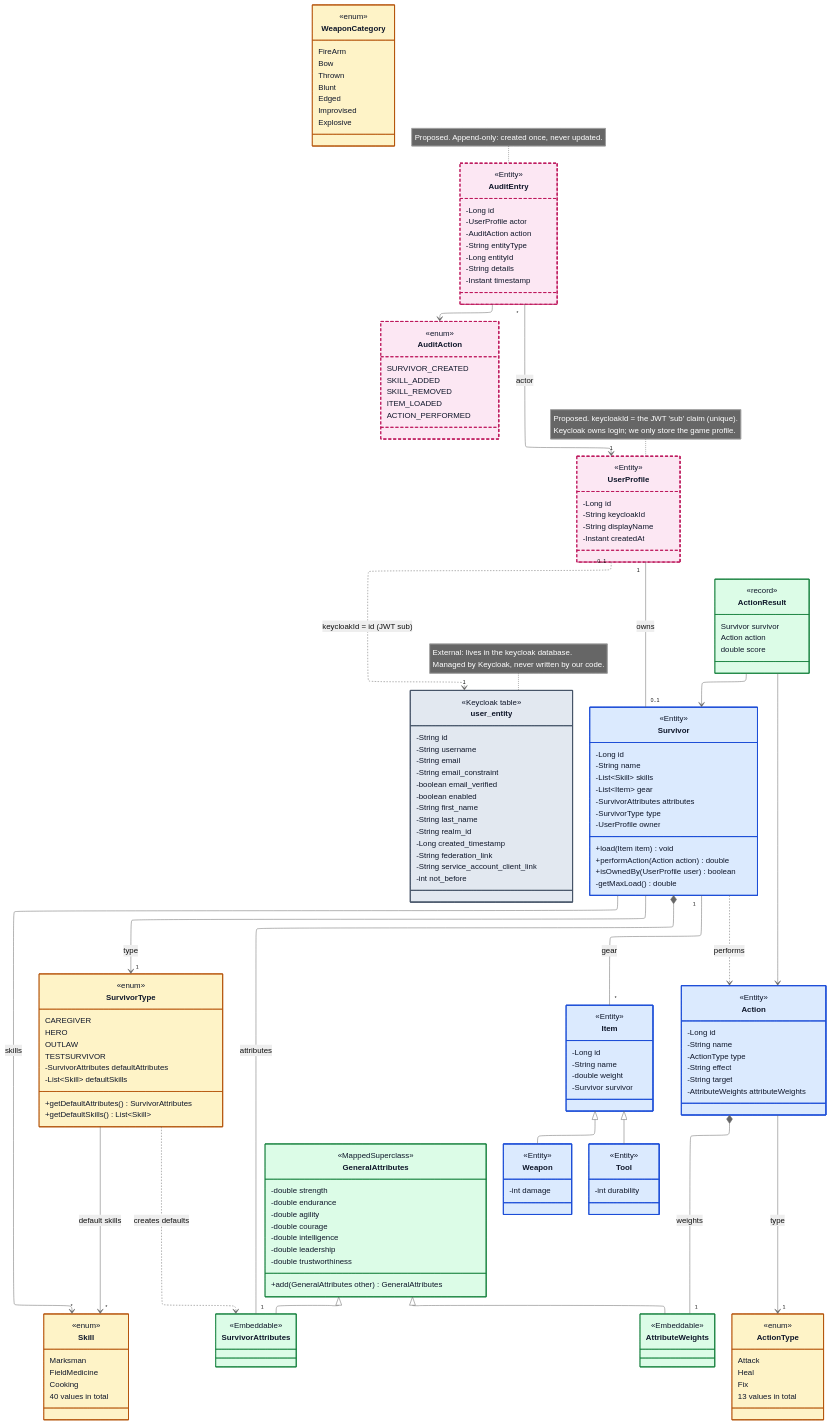
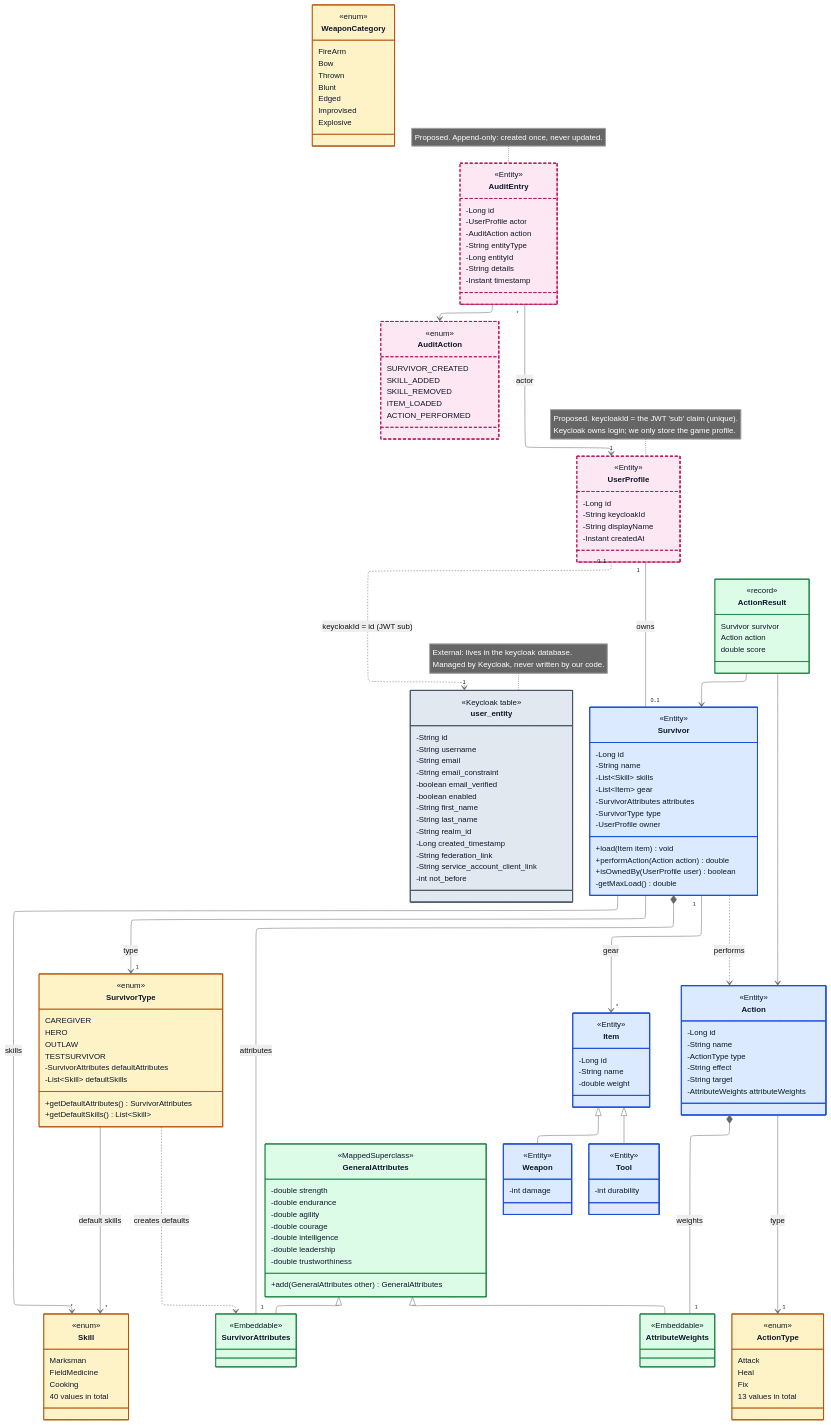
Before and after one commit to deanvons/ZombieApocolypseJavaEdition: the diagram in shared docs/class-diagram.md, drawn with Mermaid.

Commit message:
DOCS: show Survivor → Item as a one-way association in the class diagram

```diff
--- a/shared docs/class-diagram.md
+++ b/shared docs/class-diagram.md
@@ -123,7 +123,6 @@
         -Long id
         -String name
         -double weight
-        -Survivor survivor
     }
     class Weapon {
         <<Entity>>
@@ -175,7 +174,7 @@
     AuditEntry --> AuditAction
 
     Survivor *-- "1" SurvivorAttributes : attributes
-    Survivor "1" -- "*" Item : gear
+    Survivor "1" --> "*" Item : gear
     Survivor --> "*" Skill : skills
     Survivor --> "1" SurvivorType : type
     Survivor ..> Action : performs
```
